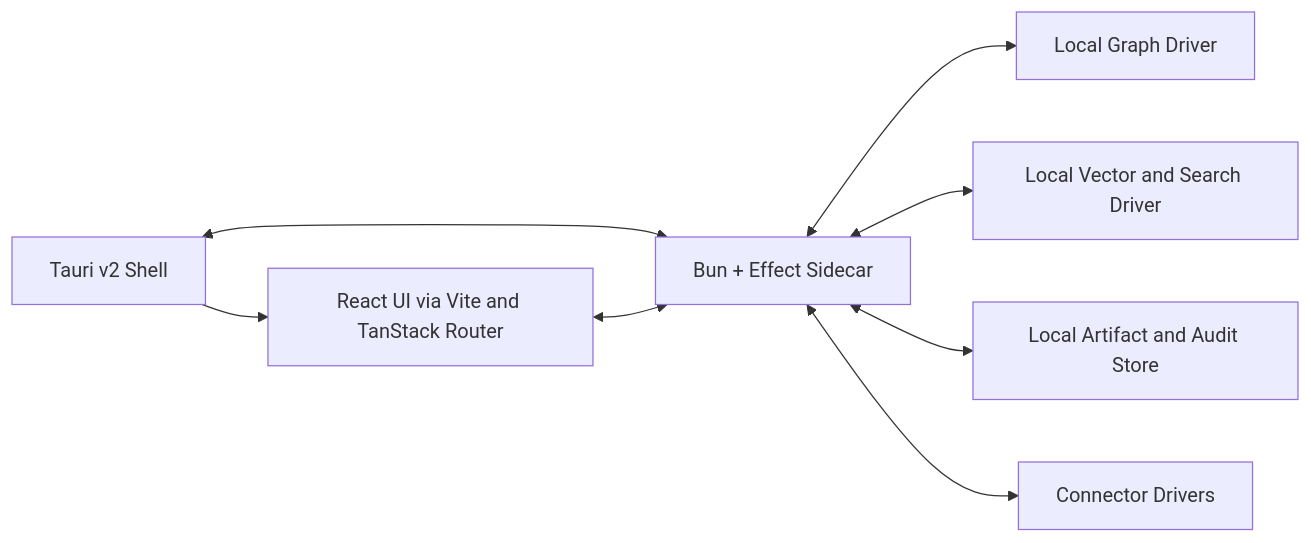
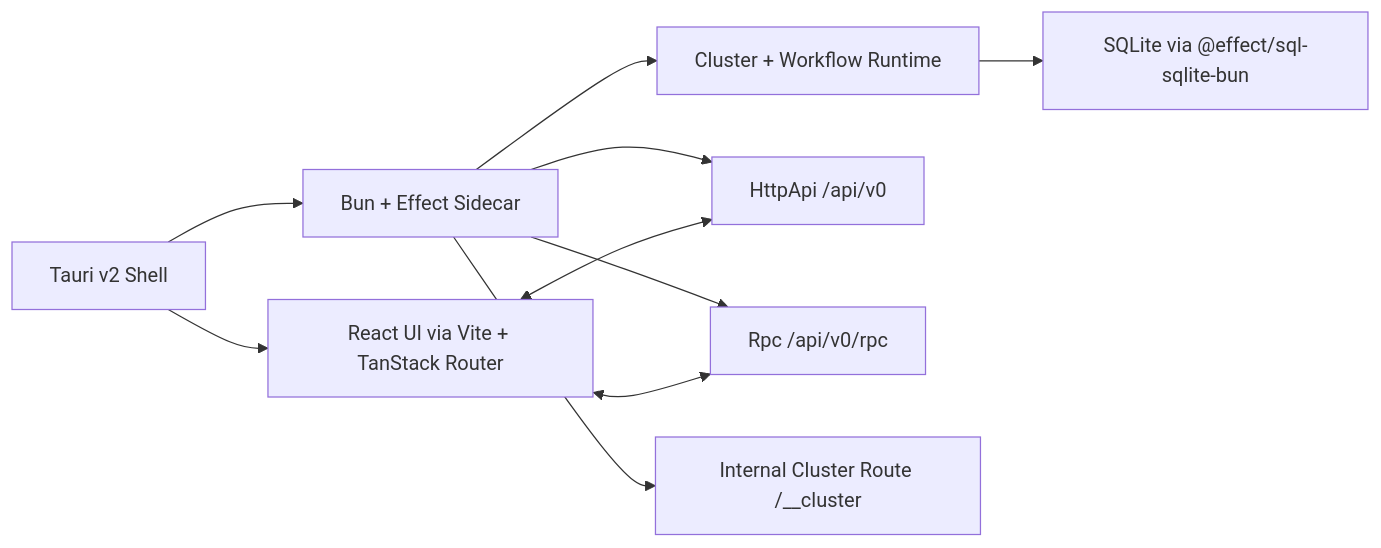
Before and after one commit to kriegcloud/beep-effect: the diagram in specs/pending/expert-memory-big-picture/LOCAL_FIRST_V0_ARCHITECTURE.md, drawn with Mermaid. The commit also changed other lines of this file and 88 other files, not shown here.

````diff
--- a/specs/pending/expert-memory-big-picture/LOCAL_FIRST_V0_ARCHITECTURE.md
+++ b/specs/pending/expert-memory-big-picture/LOCAL_FIRST_V0_ARCHITECTURE.md
@@ -90,10 +53,12 @@
 ```mermaid
 flowchart LR
-  A[Tauri v2 Shell] <--> B[Bun + Effect Sidecar]
-  B <--> C[Local Graph Driver]
-  B <--> D[Local Vector and Search Driver]
-  B <--> E[Local Artifact and Audit Store]
-  B <--> F[Connector Drivers]
-  A --> G[React UI via Vite and TanStack Router]
-  G <--> B
+  A["Tauri v2 Shell"] --> B["Bun + Effect Sidecar"]
+  B --> C["Cluster + Workflow Runtime"]
+  C --> D["SQLite via @effect/sql-sqlite-bun"]
+  B --> E["HttpApi /api/v0"]
+  B --> F["Rpc /api/v0/rpc"]
+  B --> G["Internal Cluster Route /__cluster"]
+  A --> H["React UI via Vite + TanStack Router"]
+  H <--> E
+  H <--> F
 ```
````
